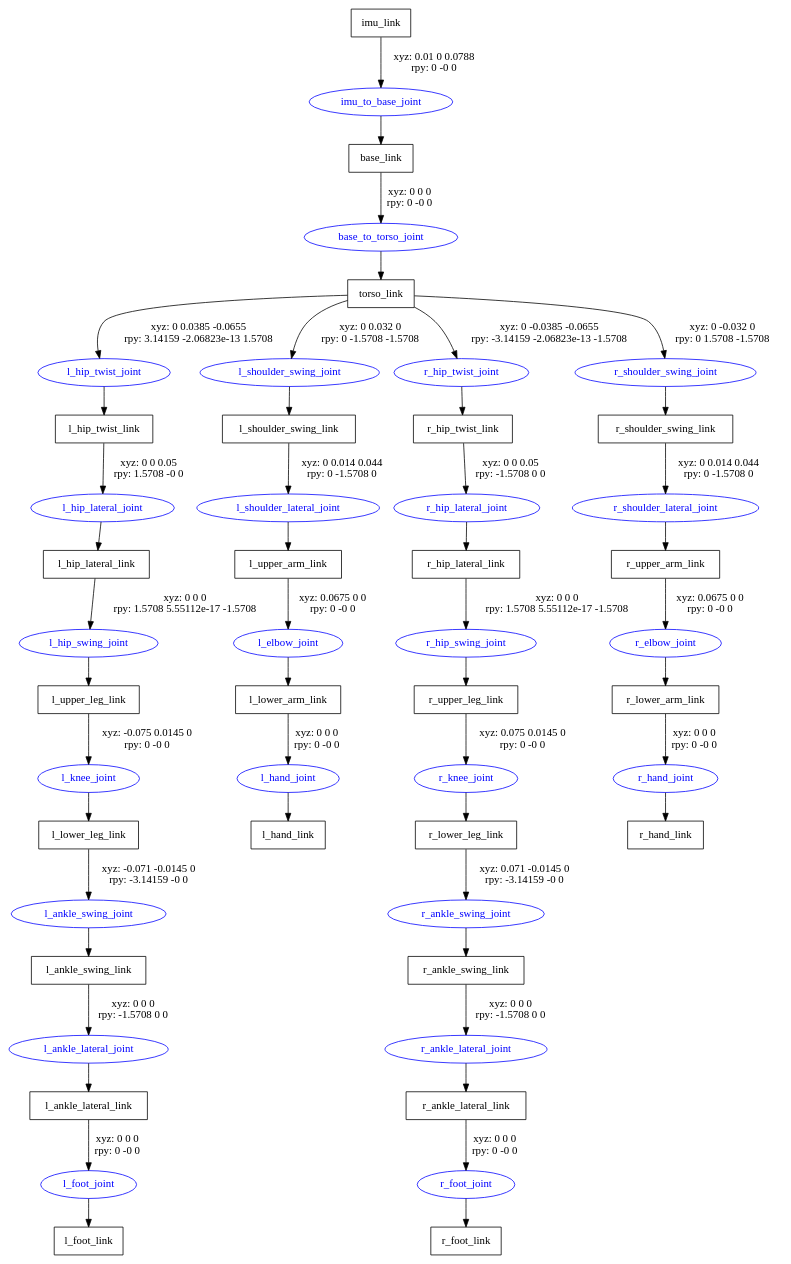
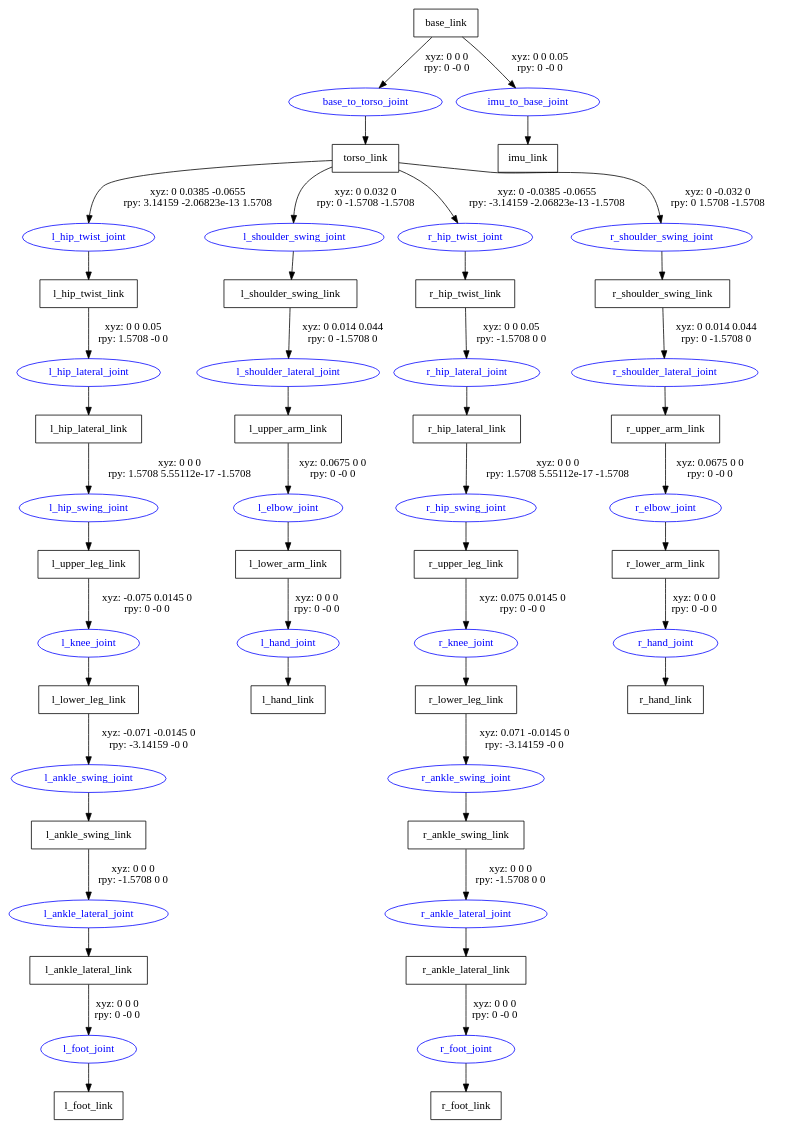
One commit to Fanaliys/bioloid_typea_description changed the diagram in scripts/typea.gv. Above: the diagram before and after it, drawn with Graphviz. The commit also changed 5 other files, not shown here.

First line of the commit message:
Move Imu has a child under base_link.

```diff
--- a/scripts/typea.gv
+++ b/scripts/typea.gv
@@ -1,77 +1,77 @@
 digraph G {
 node [shape=box];
-"imu_link" [label="imu_link"];
 "base_link" [label="base_link"];
 "torso_link" [label="torso_link"];
 "l_hip_twist_link" [label="l_hip_twist_link"];
 "l_hip_lateral_link" [label="l_hip_lateral_link"];
 "l_upper_leg_link" [label="l_upper_leg_link"];
 "l_lower_leg_link" [label="l_lower_leg_link"];
 "l_ankle_swing_link" [label="l_ankle_swing_link"];
 "l_ankle_lateral_link" [label="l_ankle_lateral_link"];
 "l_foot_link" [label="l_foot_link"];
 "l_shoulder_swing_link" [label="l_shoulder_swing_link"];
 "l_upper_arm_link" [label="l_upper_arm_link"];
 "l_lower_arm_link" [label="l_lower_arm_link"];
 "l_hand_link" [label="l_hand_link"];
 "r_hip_twist_link" [label="r_hip_twist_link"];
 "r_hip_lateral_link" [label="r_hip_lateral_link"];
 "r_upper_leg_link" [label="r_upper_leg_link"];
 "r_lower_leg_link" [label="r_lower_leg_link"];
 "r_ankle_swing_link" [label="r_ankle_swing_link"];
 "r_ankle_lateral_link" [label="r_ankle_lateral_link"];
 "r_foot_link" [label="r_foot_link"];
 "r_shoulder_swing_link" [label="r_shoulder_swing_link"];
 "r_upper_arm_link" [label="r_upper_arm_link"];
 "r_lower_arm_link" [label="r_lower_arm_link"];
 "r_hand_link" [label="r_hand_link"];
+"imu_link" [label="imu_link"];
 node [shape=ellipse, color=blue, fontcolor=blue];
-"imu_link" -> "imu_to_base_joint" [label="xyz: 0.01 0 0.0788 \nrpy: 0 -0 0"]
-"imu_to_base_joint" -> "base_link"
 "base_link" -> "base_to_torso_joint" [label="xyz: 0 0 0 \nrpy: 0 -0 0"]
 "base_to_torso_joint" -> "torso_link"
 "torso_link" -> "l_hip_twist_joint" [label="xyz: 0 0.0385 -0.0655 \nrpy: 3.14159 -2.06823e-13 1.5708"]
 "l_hip_twist_joint" -> "l_hip_twist_link"
 "l_hip_twist_link" -> "l_hip_lateral_joint" [label="xyz: 0 0 0.05 \nrpy: 1.5708 -0 0"]
 "l_hip_lateral_joint" -> "l_hip_lateral_link"
 "l_hip_lateral_link" -> "l_hip_swing_joint" [label="xyz: 0 0 0 \nrpy: 1.5708 5.55112e-17 -1.5708"]
 "l_hip_swing_joint" -> "l_upper_leg_link"
 "l_upper_leg_link" -> "l_knee_joint" [label="xyz: -0.075 0.0145 0 \nrpy: 0 -0 0"]
 "l_knee_joint" -> "l_lower_leg_link"
 "l_lower_leg_link" -> "l_ankle_swing_joint" [label="xyz: -0.071 -0.0145 0 \nrpy: -3.14159 -0 0"]
 "l_ankle_swing_joint" -> "l_ankle_swing_link"
 "l_ankle_swing_link" -> "l_ankle_lateral_joint" [label="xyz: 0 0 0 \nrpy: -1.5708 0 0"]
 "l_ankle_lateral_joint" -> "l_ankle_lateral_link"
 "l_ankle_lateral_link" -> "l_foot_joint" [label="xyz: 0 0 0 \nrpy: 0 -0 0"]
 "l_foot_joint" -> "l_foot_link"
 "torso_link" -> "l_shoulder_swing_joint" [label="xyz: 0 0.032 0 \nrpy: 0 -1.5708 -1.5708"]
 "l_shoulder_swing_joint" -> "l_shoulder_swing_link"
 "l_shoulder_swing_link" -> "l_shoulder_lateral_joint" [label="xyz: 0 0.014 0.044 \nrpy: 0 -1.5708 0"]
 "l_shoulder_lateral_joint" -> "l_upper_arm_link"
 "l_upper_arm_link" -> "l_elbow_joint" [label="xyz: 0.0675 0 0 \nrpy: 0 -0 0"]
 "l_elbow_joint" -> "l_lower_arm_link"
 "l_lower_arm_link" -> "l_hand_joint" [label="xyz: 0 0 0 \nrpy: 0 -0 0"]
 "l_hand_joint" -> "l_hand_link"
 "torso_link" -> "r_hip_twist_joint" [label="xyz: 0 -0.0385 -0.0655 \nrpy: -3.14159 -2.06823e-13 -1.5708"]
 "r_hip_twist_joint" -> "r_hip_twist_link"
 "r_hip_twist_link" -> "r_hip_lateral_joint" [label="xyz: 0 0 0.05 \nrpy: -1.5708 0 0"]
 "r_hip_lateral_joint" -> "r_hip_lateral_link"
 "r_hip_lateral_link" -> "r_hip_swing_joint" [label="xyz: 0 0 0 \nrpy: 1.5708 5.55112e-17 -1.5708"]
 "r_hip_swing_joint" -> "r_upper_leg_link"
 "r_upper_leg_link" -> "r_knee_joint" [label="xyz: 0.075 0.0145 0 \nrpy: 0 -0 0"]
 "r_knee_joint" -> "r_lower_leg_link"
 "r_lower_leg_link" -> "r_ankle_swing_joint" [label="xyz: 0.071 -0.0145 0 \nrpy: -3.14159 -0 0"]
 "r_ankle_swing_joint" -> "r_ankle_swing_link"
 "r_ankle_swing_link" -> "r_ankle_lateral_joint" [label="xyz: 0 0 0 \nrpy: -1.5708 0 0"]
 "r_ankle_lateral_joint" -> "r_ankle_lateral_link"
 "r_ankle_lateral_link" -> "r_foot_joint" [label="xyz: 0 0 0 \nrpy: 0 -0 0"]
 "r_foot_joint" -> "r_foot_link"
 "torso_link" -> "r_shoulder_swing_joint" [label="xyz: 0 -0.032 0 \nrpy: 0 1.5708 -1.5708"]
 "r_shoulder_swing_joint" -> "r_shoulder_swing_link"
 "r_shoulder_swing_link" -> "r_shoulder_lateral_joint" [label="xyz: 0 0.014 0.044 \nrpy: 0 -1.5708 0"]
 "r_shoulder_lateral_joint" -> "r_upper_arm_link"
 "r_upper_arm_link" -> "r_elbow_joint" [label="xyz: 0.0675 0 0 \nrpy: 0 -0 0"]
 "r_elbow_joint" -> "r_lower_arm_link"
 "r_lower_arm_link" -> "r_hand_joint" [label="xyz: 0 0 0 \nrpy: 0 -0 0"]
 "r_hand_joint" -> "r_hand_link"
+"base_link" -> "imu_to_base_joint" [label="xyz: 0 0 0.05 \nrpy: 0 -0 0"]
+"imu_to_base_joint" -> "imu_link"
 }
```
